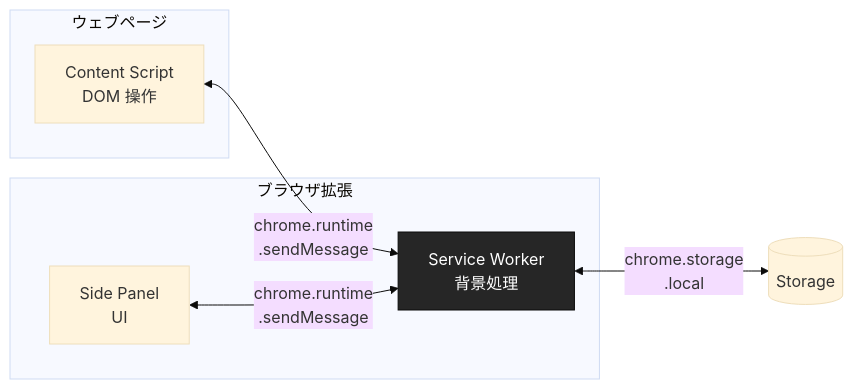
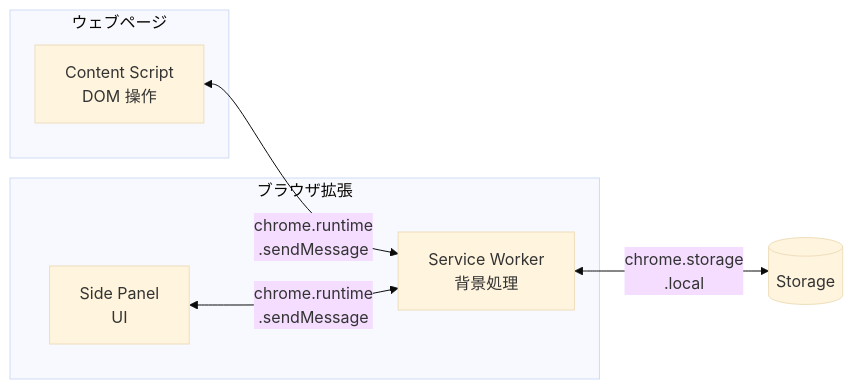
The first of 2 diagrams in docs/case-studies/chrome-拡張-manifest-v3-での-content-script-side-panel-連携.md (dinekt/dinekt-wiki), drawn with Mermaid (base theme) before and after one commit. The commit also changed 70 other files, not shown here.

First line of the commit message:
fix(mermaid): strip all inline styling, rely on theme

````diff
--- a/docs/case-studies/chrome-拡張-manifest-v3-での-content-script-side-panel-連携.md
+++ b/docs/case-studies/chrome-拡張-manifest-v3-での-content-script-side-panel-連携.md
@@ -23,15 +23,14 @@
 ```mermaid
 flowchart LR
     subgraph ウェブページ
       CS[Content Script<br/>DOM 操作]
     end
     subgraph ブラウザ拡張
       SP[Side Panel<br/>UI]
       BG[Service Worker<br/>背景処理]
     end
     CS <-->|chrome.runtime<br/>.sendMessage| BG
     SP <-->|chrome.runtime<br/>.sendMessage| BG
     BG <-->|chrome.storage<br/>.local| ST[(Storage)]
 
-    style BG fill:#262626,color:#fff,stroke:#0a0a0a
 ```
````
